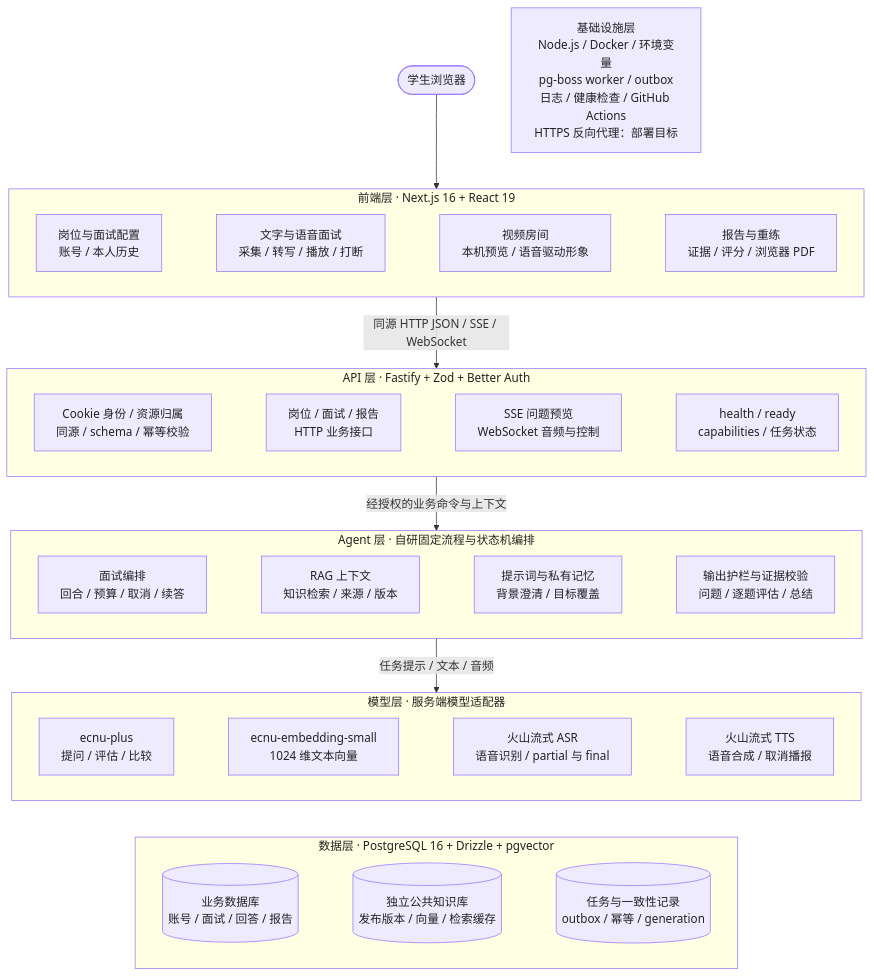
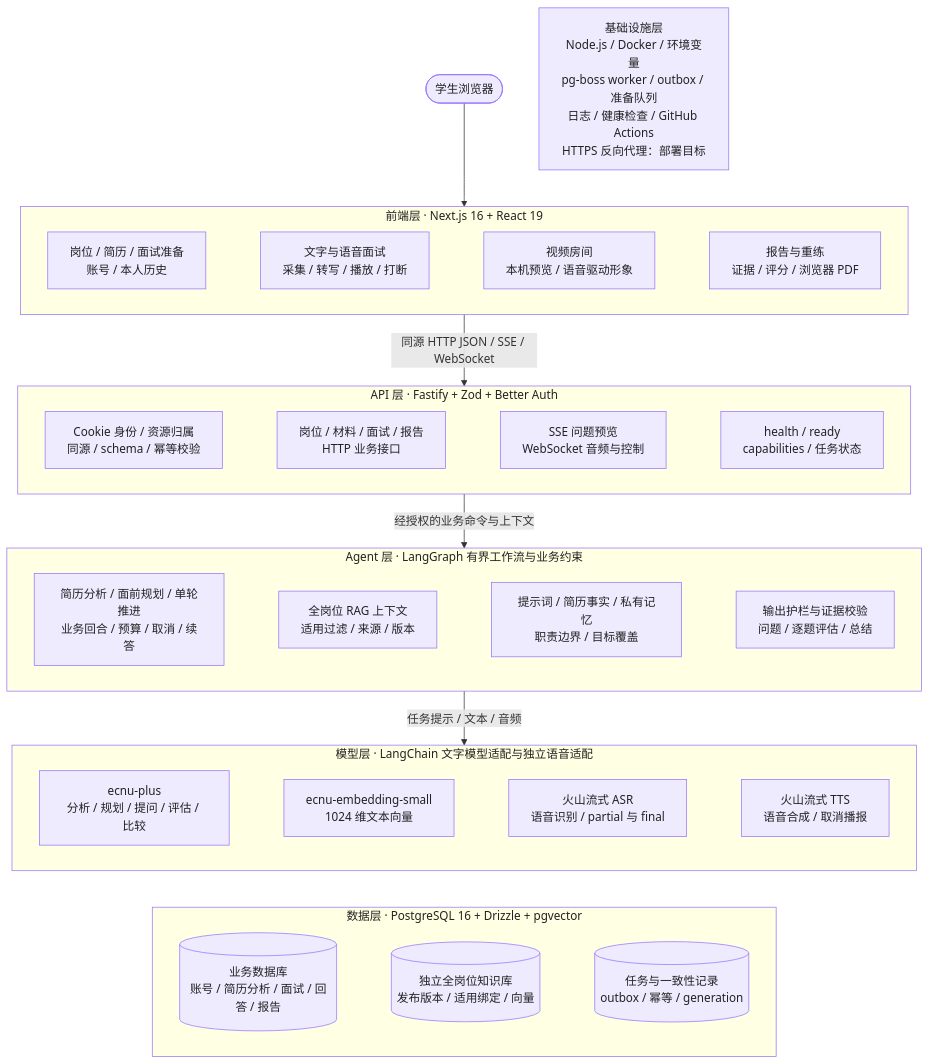
The first of 3 diagrams in docs/software/architecture.md (hcxlwxlwj/InterviewLab), drawn with Mermaid before and after one commit. The commit also changed other lines of this file and 189 other files, not shown here.

````diff
--- a/docs/software/architecture.md
+++ b/docs/software/architecture.md
@@ -100,65 +104,65 @@
 ```mermaid
 flowchart TB
     U([学生浏览器])
-    INFRA["基础设施层<br/>Node.js / Docker / 环境变量<br/>pg-boss worker / outbox<br/>日志 / 健康检查 / GitHub Actions<br/>HTTPS 反向代理：部署目标"]
+    INFRA["基础设施层<br/>Node.js / Docker / 环境变量<br/>pg-boss worker / outbox / 准备队列<br/>日志 / 健康检查 / GitHub Actions<br/>HTTPS 反向代理：部署目标"]
 
     subgraph FE["前端层 · Next.js 16 + React 19"]
         direction LR
-        F1["岗位与面试配置<br/>账号 / 本人历史"]
+        F1["岗位 / 简历 / 面试准备<br/>账号 / 本人历史"]
         F2["文字与语音面试<br/>采集 / 转写 / 播放 / 打断"]
         F3["视频房间<br/>本机预览 / 语音驱动形象"]
         F4["报告与重练<br/>证据 / 评分 / 浏览器 PDF"]
         F1 ~~~ F2 ~~~ F3 ~~~ F4
     end
 
     subgraph API["API 层 · Fastify + Zod + Better Auth"]
         direction LR
         A1["Cookie 身份 / 资源归属<br/>同源 / schema / 幂等校验"]
-        A2["岗位 / 面试 / 报告<br/>HTTP 业务接口"]
+        A2["岗位 / 材料 / 面试 / 报告<br/>HTTP 业务接口"]
         A3["SSE 问题预览<br/>WebSocket 音频与控制"]
         A4["health / ready<br/>capabilities / 任务状态"]
         A1 ~~~ A2 ~~~ A3 ~~~ A4
     end
 
-    subgraph AG["Agent 层 · 自研固定流程与状态机编排"]
+    subgraph AG["Agent 层 · LangGraph 有界工作流与业务约束"]
         direction LR
-        G1["面试编排<br/>回合 / 预算 / 取消 / 续答"]
-        G2["RAG 上下文<br/>知识检索 / 来源 / 版本"]
-        G3["提示词与私有记忆<br/>背景澄清 / 目标覆盖"]
+        G1["简历分析 / 面前规划 / 单轮推进<br/>业务回合 / 预算 / 取消 / 续答"]
+        G2["全岗位 RAG 上下文<br/>适用过滤 / 来源 / 版本"]
+        G3["提示词 / 简历事实 / 私有记忆<br/>职责边界 / 目标覆盖"]
         G4["输出护栏与证据校验<br/>问题 / 逐题评估 / 总结"]
         G1 ~~~ G2 ~~~ G3 ~~~ G4
     end
 
-    subgraph MODEL["模型层 · 服务端模型适配器"]
+    subgraph MODEL["模型层 · LangChain 文字模型适配与独立语音适配"]
         direction LR
-        M1["ecnu-plus<br/>提问 / 评估 / 比较"]
+        M1["ecnu-plus<br/>分析 / 规划 / 提问 / 评估 / 比较"]
         M2["ecnu-embedding-small<br/>1024 维文本向量"]
         M3["火山流式 ASR<br/>语音识别 / partial 与 final"]
         M4["火山流式 TTS<br/>语音合成 / 取消播报"]
         M1 ~~~ M2 ~~~ M3 ~~~ M4
     end
 
     subgraph DATA["数据层 · PostgreSQL 16 + Drizzle + pgvector"]
         direction LR
-        D1[("业务数据库<br/>账号 / 面试 / 回答 / 报告")]
-        D2[("独立公共知识库<br/>发布版本 / 向量 / 检索缓存")]
+        D1[("业务数据库<br/>账号 / 简历分析 / 面试 / 回答 / 报告")]
+        D2[("独立全岗位知识库<br/>发布版本 / 适用绑定 / 向量")]
         D3[("任务与一致性记录<br/>outbox / 幂等 / generation")]
         D1 ~~~ D2 ~~~ D3
     end
 
     U --> FE
     FE -->|同源 HTTP JSON / SSE / WebSocket| API
     API -->|经授权的业务命令与上下文| AG
     AG -->|任务提示 / 文本 / 音频| MODEL
     MODEL ~~~ DATA
 
     classDef component fill:#eeebff,stroke:#9873ff,color:#222;
     classDef browser fill:#eeebff,stroke:#9873ff,color:#222;
     class U browser;
     class INFRA,F1,F2,F3,F4,A1,A2,A3,A4,G1,G2,G3,G4,M1,M2,M3,M4,D1,D2,D3 component;
     style FE fill:#ffffe3,stroke:#9873ff,color:#222
     style API fill:#ffffe3,stroke:#9873ff,color:#222
     style AG fill:#ffffe3,stroke:#9873ff,color:#222
     style MODEL fill:#ffffe3,stroke:#9873ff,color:#222
     style DATA fill:#ffffe3,stroke:#9873ff,color:#222
 ```
````
